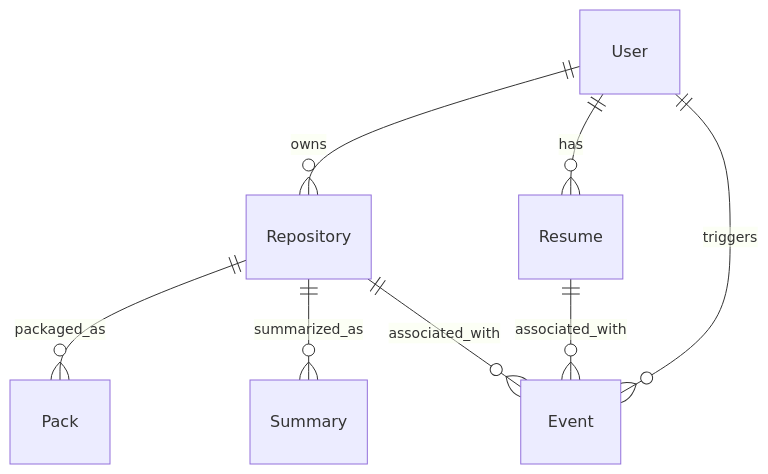
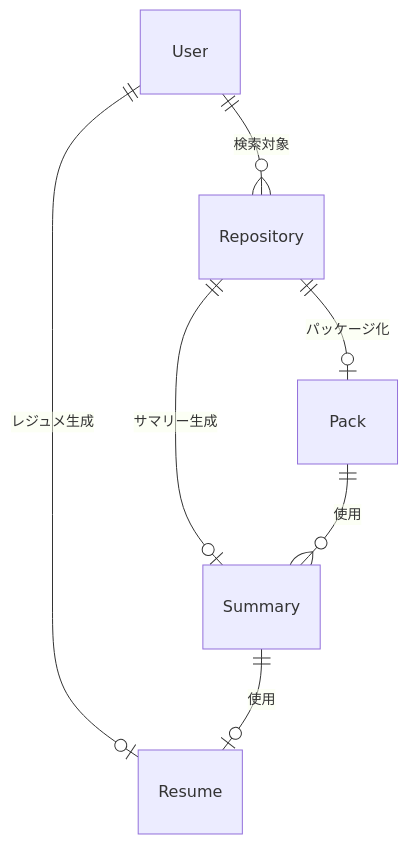
One commit to ToyB0x/git-resume changed the diagram in docs/architecture/data-models.md. Above: the diagram before and after it, drawn with Mermaid. The commit also changed other lines of this file and 6 other files, not shown here.

````diff
--- a/docs/architecture/data-models.md
+++ b/docs/architecture/data-models.md
@@ -126,10 +106,9 @@
 ```mermaid
 erDiagram
-    User ||--o{ Repository : "owns"
-    User ||--o{ Resume : "has"
-    Repository ||--o{ Pack : "packaged_as"
-    Repository ||--o{ Summary : "summarized_as"
-    User ||--o{ Event : "triggers"
-    Repository ||--o{ Event : "associated_with"
-    Resume ||--o{ Event : "associated_with"
+    User ||--o{ Repository : "検索対象"
+    Repository ||--o| Pack : "パッケージ化"
+    Repository ||--o| Summary : "サマリー生成"
+    User ||--o| Resume : "レジュメ生成"
+    Pack ||--o{ Summary : "使用"
+    Summary ||--o| Resume : "使用"
 ```
````
